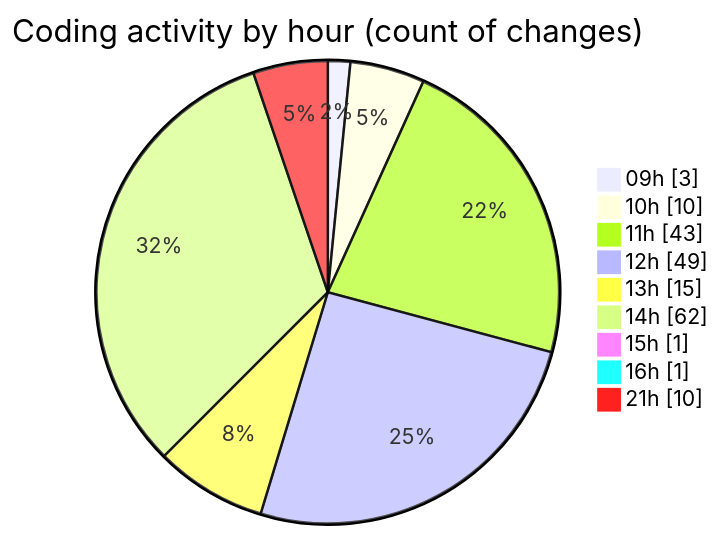
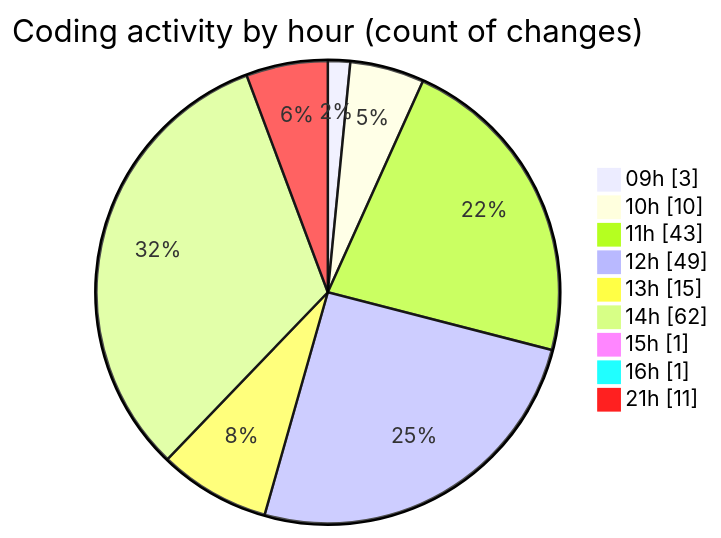
Before and after one commit to momahboobian/code-tracking: the second of 2 diagrams in 2026-01-22/cda/README.md, drawn with Mermaid. The commit also changed other lines of this file and 1 other file, not shown here.

````diff
--- a/2026-01-22/cda/README.md
+++ b/2026-01-22/cda/README.md
@@ -92,13 +92,13 @@
 ```mermaid
 pie showData
 title Coding activity by hour (count of changes)
 "09h" : 3
 "10h" : 10
 "11h" : 43
 "12h" : 49
 "13h" : 15
 "14h" : 62
 "15h" : 1
 "16h" : 1
-"21h" : 10
+"21h" : 11
 ```
````
